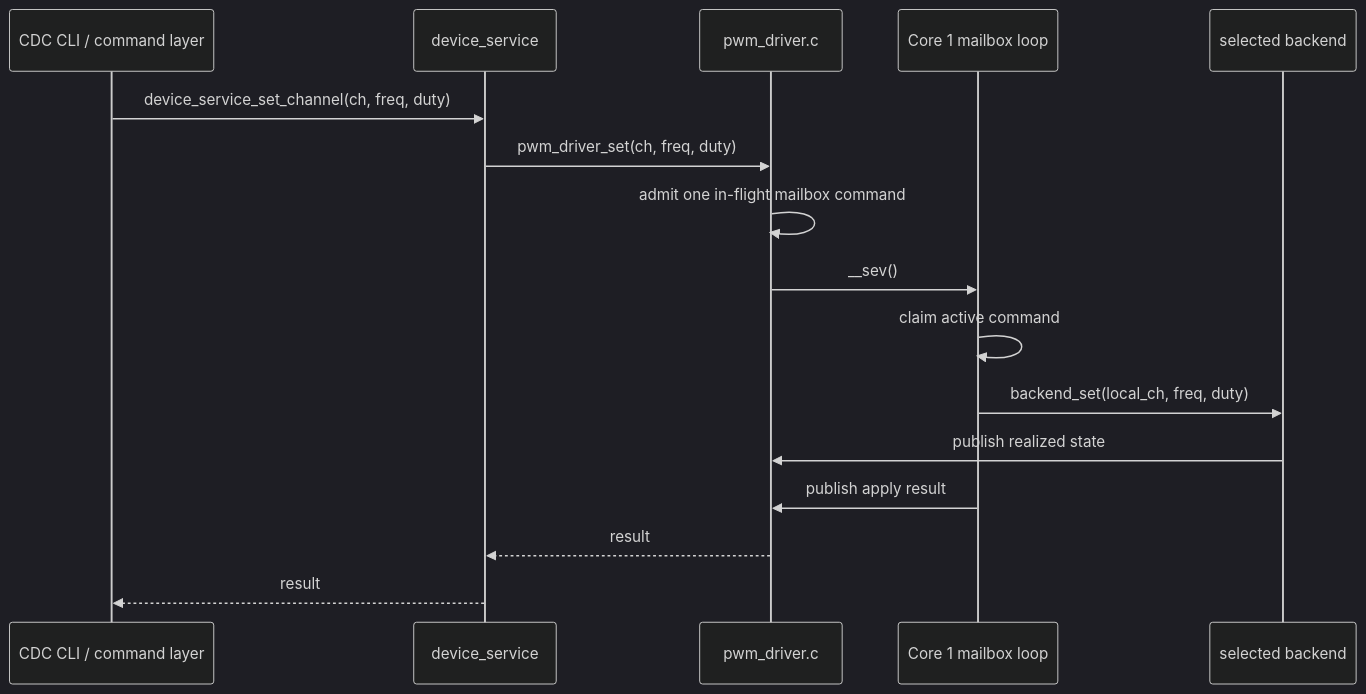
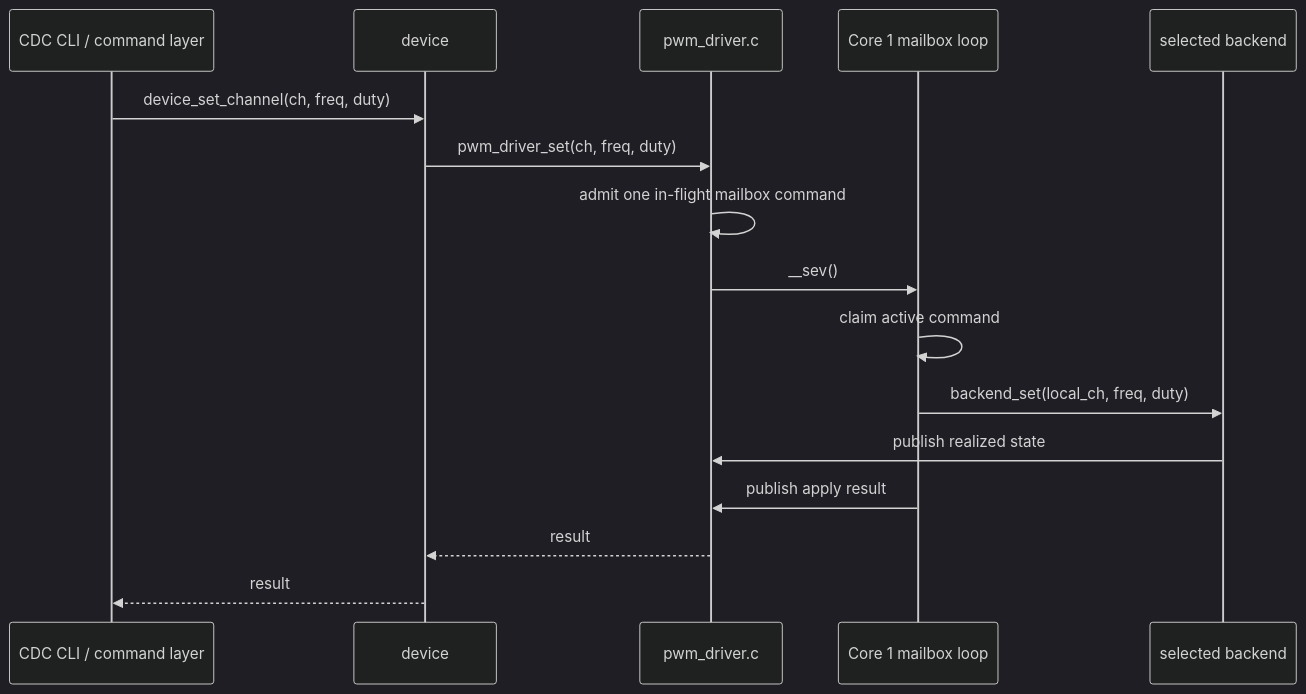
One commit to djwinter29-oss/PicoPWM changed the fifth of 7 diagrams in docs/design/pwm_driver_design.md. Above: the diagram before and after it, drawn with Mermaid (dark theme). The commit also changed other lines of this file and 43 other files, not shown here.

````diff
--- a/docs/design/pwm_driver_design.md
+++ b/docs/design/pwm_driver_design.md
@@ -320,19 +317,19 @@
 ```mermaid
 sequenceDiagram
     participant CLI as CDC CLI / command layer
-    participant CTL as device_service
+    participant CTL as device
     participant WR as pwm_driver.c
     participant C1 as Core 1 mailbox loop
     participant BE as selected backend
 
-    CLI->>CTL: device_service_set_channel(ch, freq, duty)
+    CLI->>CTL: device_set_channel(ch, freq, duty)
     CTL->>WR: pwm_driver_set(ch, freq, duty)
     WR->>WR: admit one in-flight mailbox command
     WR->>C1: __sev()
     C1->>C1: claim active command
     C1->>BE: backend_set(local_ch, freq, duty)
     BE->>WR: publish realized state
     C1->>WR: publish apply result
     WR-->>CTL: result
     CTL-->>CLI: result
 ```
````
